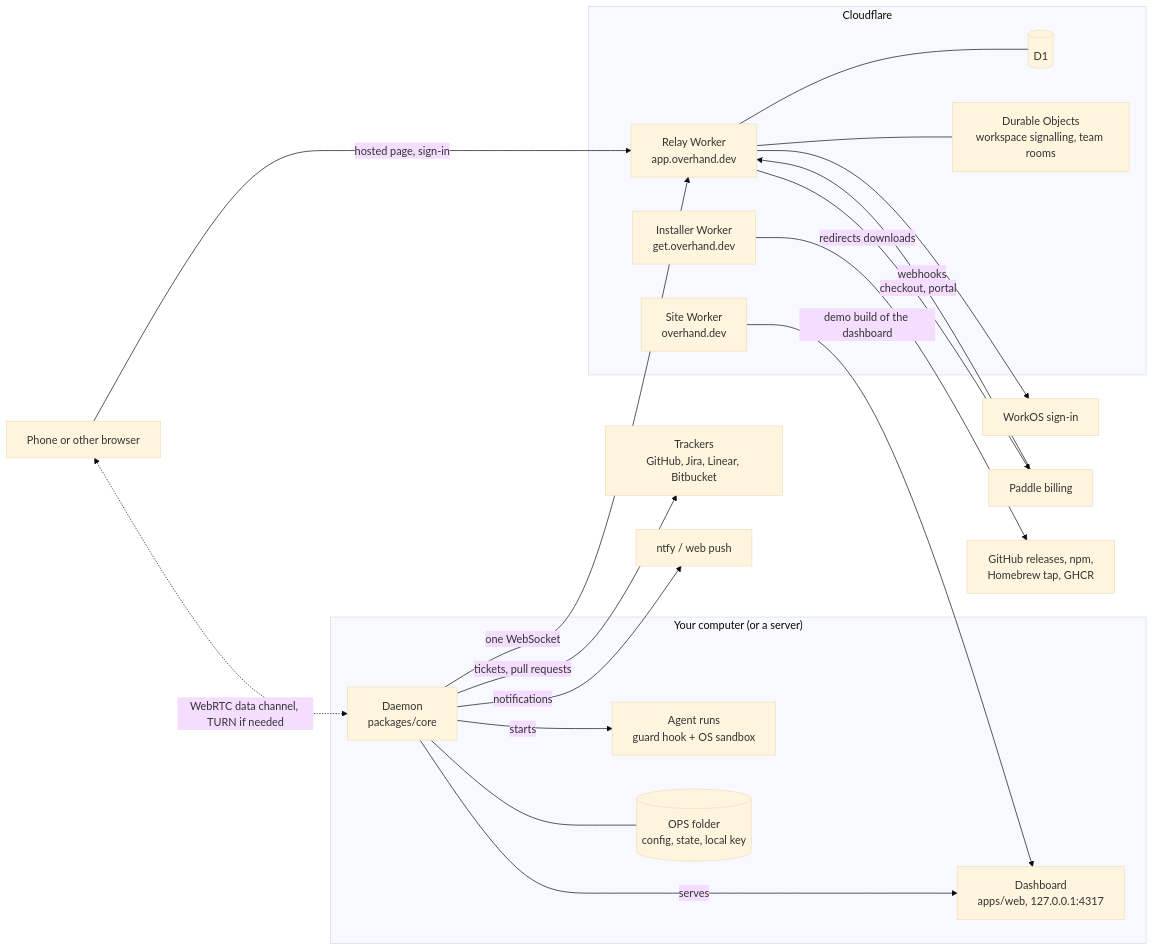
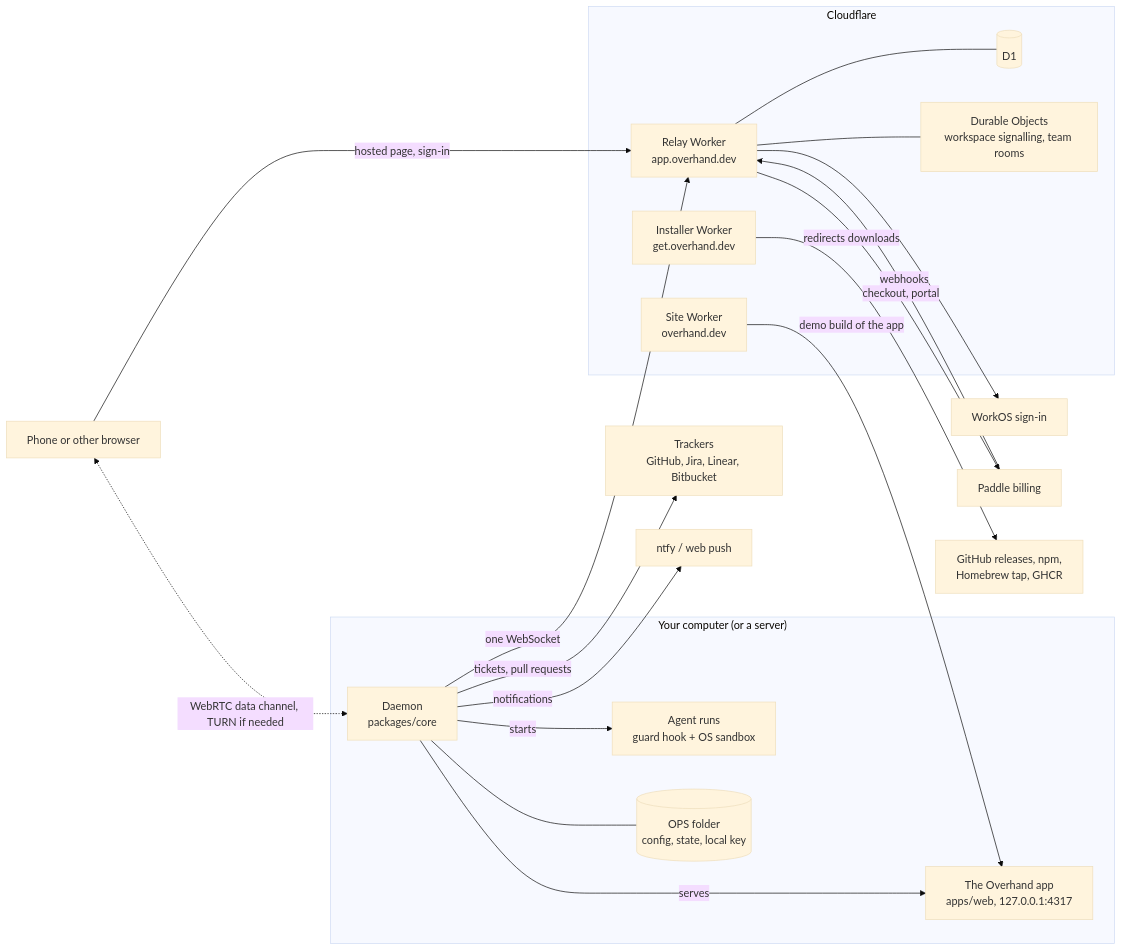
One commit to craftly-io/overhand changed the diagram in docs/architecture.md. Above: the diagram before and after it, drawn with Mermaid (base theme). The commit also changed other lines of this file, not shown here.

Commit message:
docs(architecture): it's the Overhand app, not a dashboard

````diff
--- a/docs/architecture.md
+++ b/docs/architecture.md
@@ -6,38 +6,38 @@
 ```mermaid
 flowchart LR
   subgraph computer["Your computer (or a server)"]
     daemon["Daemon<br/>packages/core"]
-    web["Dashboard<br/>apps/web, 127.0.0.1:4317"]
+    web["The Overhand app<br/>apps/web, 127.0.0.1:4317"]
     agents["Agent runs<br/>guard hook + OS sandbox"]
     ops[("OPS folder<br/>config, state, local key")]
   end
   subgraph cloud["Cloudflare"]
     relay["Relay Worker<br/>app.overhand.dev"]
     db[("D1")]
     rooms["Durable Objects<br/>workspace signalling, team rooms"]
     site["Site Worker<br/>overhand.dev"]
     get["Installer Worker<br/>get.overhand.dev"]
   end
   phone["Phone or other browser"]
   trackers["Trackers<br/>GitHub, Jira, Linear, Bitbucket"]
   workos["WorkOS sign-in"]
   paddle["Paddle billing"]
   ntfy["ntfy / web push"]
   github["GitHub releases, npm,<br/>Homebrew tap, GHCR"]
 
   daemon -- serves --> web
   daemon -- starts --> agents
   daemon --- ops
   daemon -- tickets, pull requests --> trackers
   daemon -- one WebSocket --> relay
   daemon -- notifications --> ntfy
   phone -- hosted page, sign-in --> relay
   phone <-. WebRTC data channel, TURN if needed .-> daemon
   relay --- db
   relay --- rooms
   relay --> workos
   paddle -- webhooks --> relay
   relay -- checkout, portal --> paddle
   get -- redirects downloads --> github
-  site -- demo build of the dashboard --> web
+  site -- demo build of the app --> web
 ```
````
